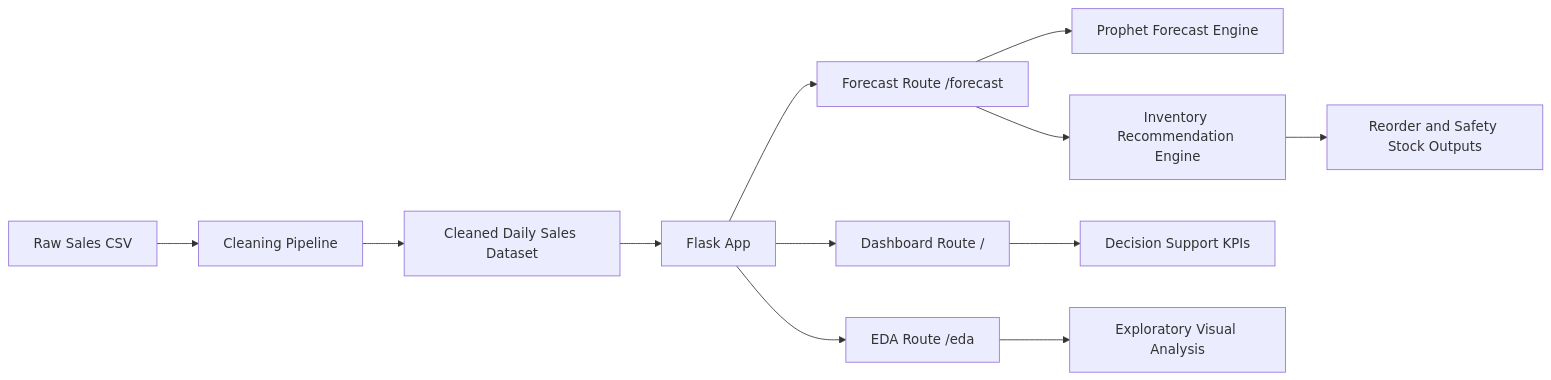
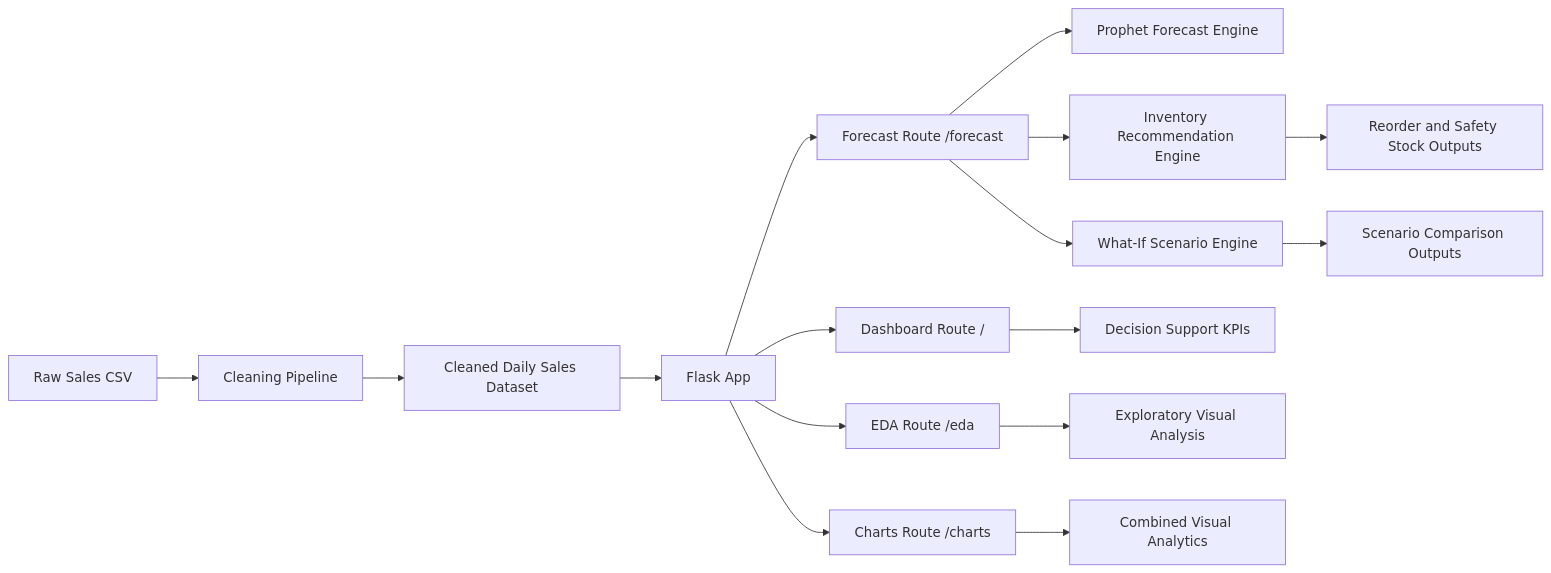
One commit to brixnnah/sales-dss changed the diagram in README.md. Above: the diagram before and after it, drawn with Mermaid. The commit also changed other lines of this file and 2 other files, not shown here.

````diff
--- a/README.md
+++ b/README.md
@@ -34,14 +34,18 @@
 ```mermaid
 flowchart LR
     A[Raw Sales CSV] --> B[Cleaning Pipeline]
     B --> C[Cleaned Daily Sales Dataset]
     C --> D[Flask App]
     D --> E[Dashboard Route /]
     D --> F[EDA Route /eda]
     D --> G[Forecast Route /forecast]
+    D --> M[Charts Route /charts]
     G --> H[Prophet Forecast Engine]
     G --> I[Inventory Recommendation Engine]
+    G --> N[What-If Scenario Engine]
     E --> J[Decision Support KPIs]
     F --> K[Exploratory Visual Analysis]
+    M --> O[Combined Visual Analytics]
     I --> L[Reorder and Safety Stock Outputs]
+    N --> P[Scenario Comparison Outputs]
 ```
````
